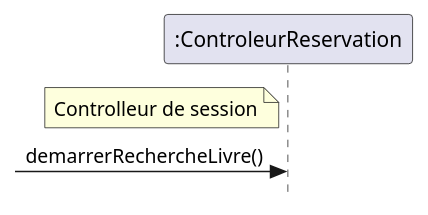
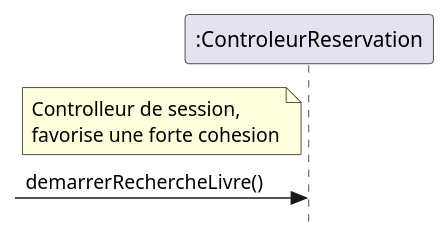
One commit to yvanross/LOG210-exercices changed the fourth of 8 diagrams in ACOO/Reserver-livre-bibliotheque.puml. Above: the diagram before and after it, drawn with PlantUML. The commit also changed other lines of this file and 1 other file, not shown here.

```diff
--- a/ACOO/Reserver-livre-bibliotheque.puml
+++ b/ACOO/Reserver-livre-bibliotheque.puml
@@ -62,8 +62,8 @@
 @startuml RDCU-demarrerRechercheLivre
 skinparam style strictuml
 participant ":ControleurReservation" as S
-note left of S: Controlleur de session
+note left of S: Controlleur de session, \nfavorise une forte cohesion
 
  -> S: demarrerRechercheLivre() 
 
 @enduml
```
